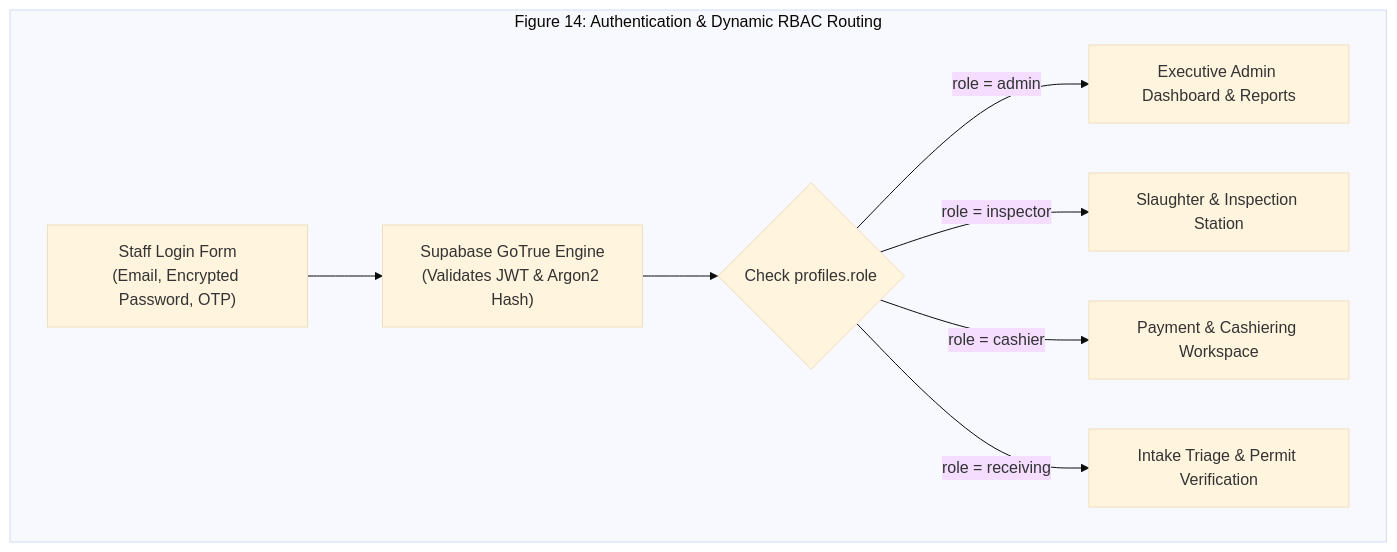
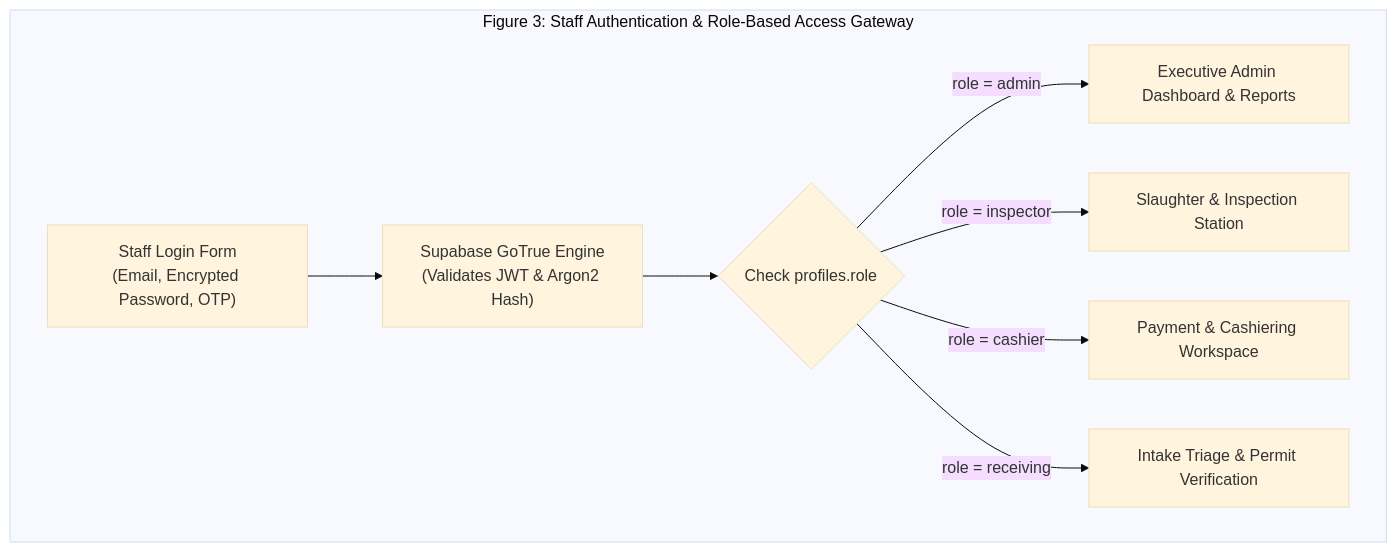
One commit to johnpaulmarbella123-alt/TC_AA_Slaughterhouse_Application changed the first of 10 diagrams in vault/07 - Capstone Manuscript/Chapter 4 - Results and Discussion.md. Above: the diagram before and after it, drawn with Mermaid (base theme). The commit also changed other lines of this file and 43 other files, not shown here.

````diff
--- a/vault/07 - Capstone Manuscript/Chapter 4 - Results and Discussion.md
+++ b/vault/07 - Capstone Manuscript/Chapter 4 - Results and Discussion.md
@@ -117,11 +90,11 @@
 ```mermaid
 graph TD
-    subgraph Figure 14: Authentication & Dynamic RBAC Routing
+    subgraph Figure 3: Staff Authentication & Role-Based Access Gateway
         Login["Staff Login Form<br/>(Email, Encrypted Password, OTP)"] --> AuthEngine["Supabase GoTrue Engine<br/>(Validates JWT & Argon2 Hash)"]
         AuthEngine --> RoleCheck{"Check profiles.role"}
         RoleCheck -- "role = admin" --> MasterDash["Executive Admin Dashboard & Reports"]
         RoleCheck -- "role = inspector" --> InspModule["Slaughter & Inspection Station"]
         RoleCheck -- "role = cashier" --> CashModule["Payment & Cashiering Workspace"]
         RoleCheck -- "role = receiving" --> RecModule["Intake Triage & Permit Verification"]
     end
 ```
````
